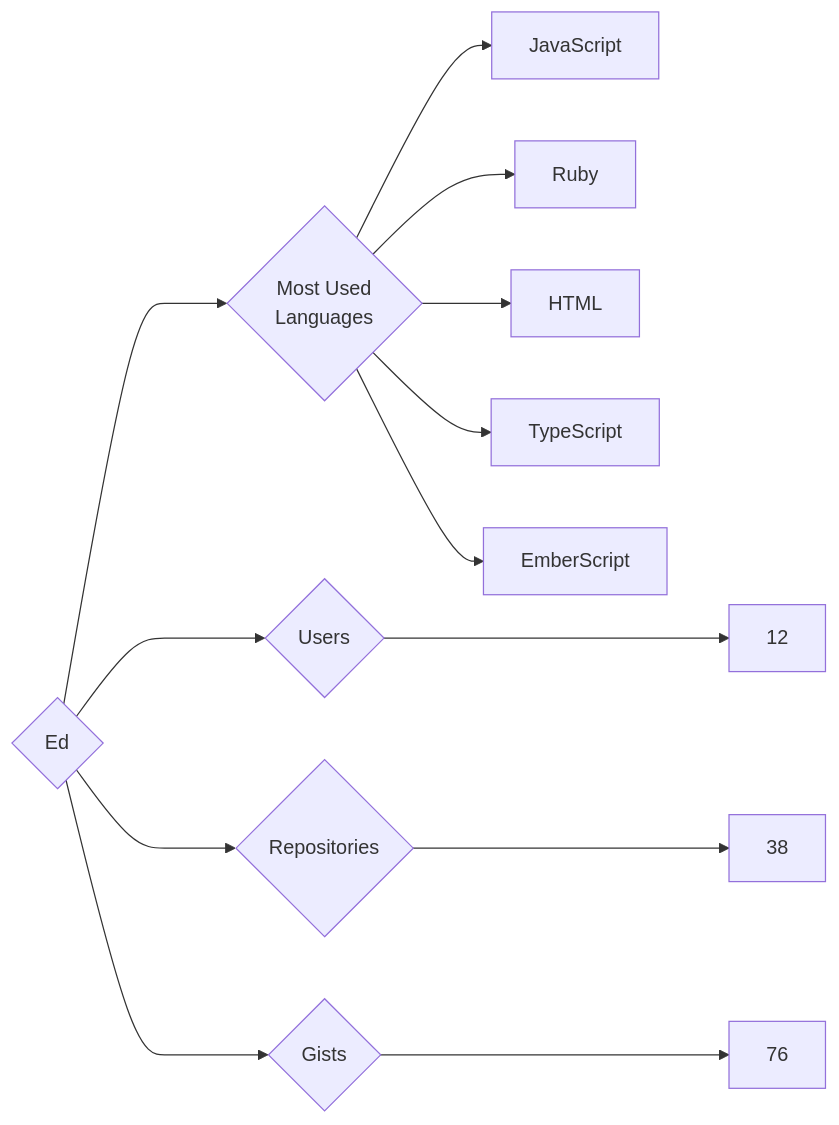
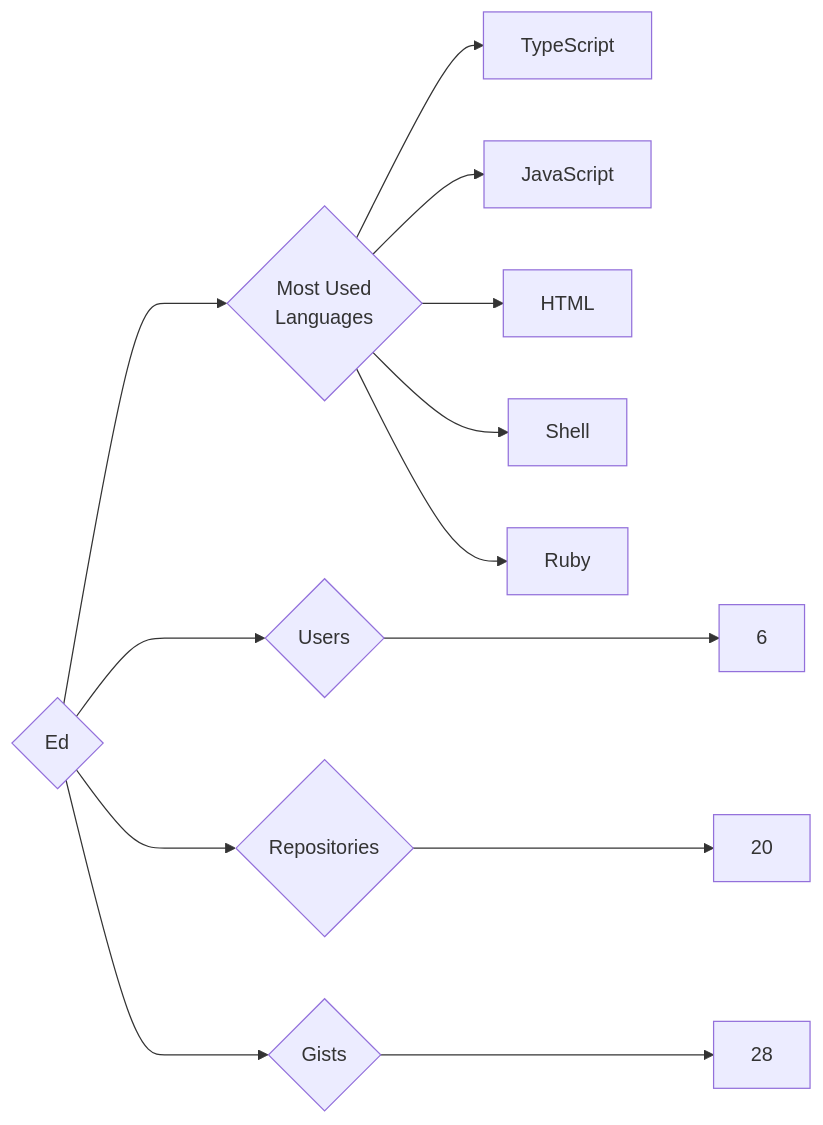
Before and after one commit to trickest/insiders: the diagram in targets/Ed/README.md, drawn with Mermaid. The commit also changed 1238 other files, not shown here.

````diff
--- a/targets/Ed/README.md
+++ b/targets/Ed/README.md
@@ -3,13 +3,13 @@
 ```mermaid
 graph LR
 COMPANY_NAME{Ed}
-COMPANY_NAME ---> U{Users} ---> UN[12]
-COMPANY_NAME ---> R{Repositories} ---> RN[38]
-COMPANY_NAME ---> G{Gists} ---> GN[76]
+COMPANY_NAME ---> U{Users} ---> UN[6]
+COMPANY_NAME ---> R{Repositories} ---> RN[20]
+COMPANY_NAME ---> G{Gists} ---> GN[28]
 COMPANY_NAME ---> ML{Most Used<br>Languages}
+ML --> TypeScript[TypeScript]
 ML --> JavaScript[JavaScript]
+ML --> HTML[HTML]
+ML --> Shell[Shell]
 ML --> Ruby[Ruby]
-ML --> HTML[HTML]
-ML --> TypeScript[TypeScript]
-ML --> EmberScript[EmberScript]
 ```
````
